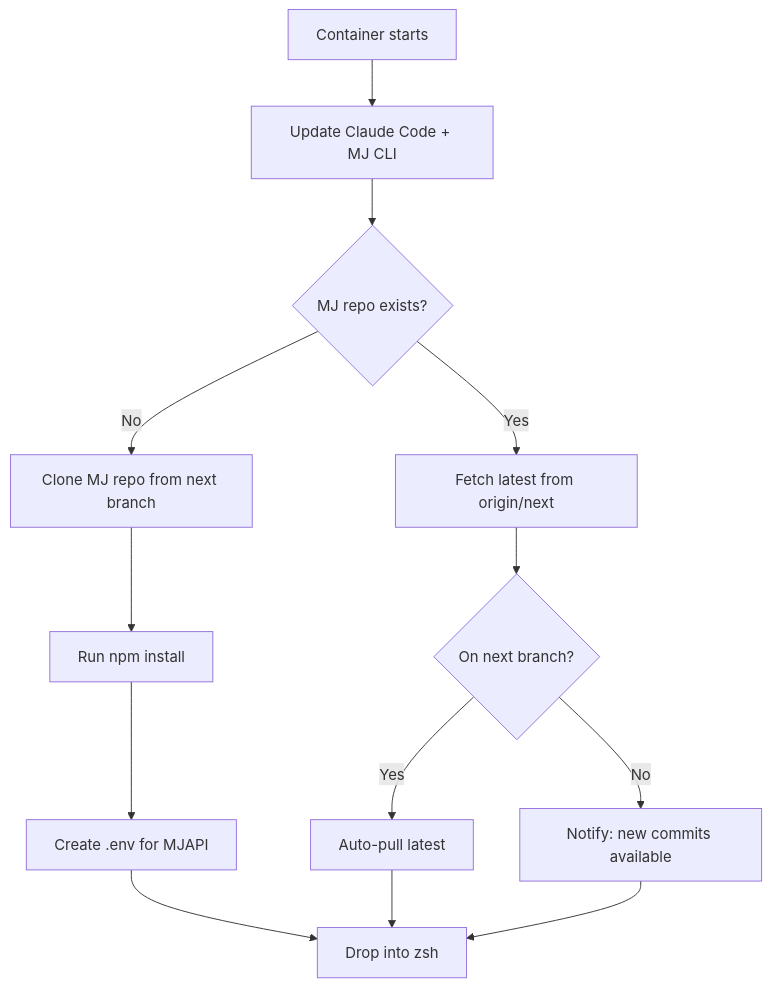
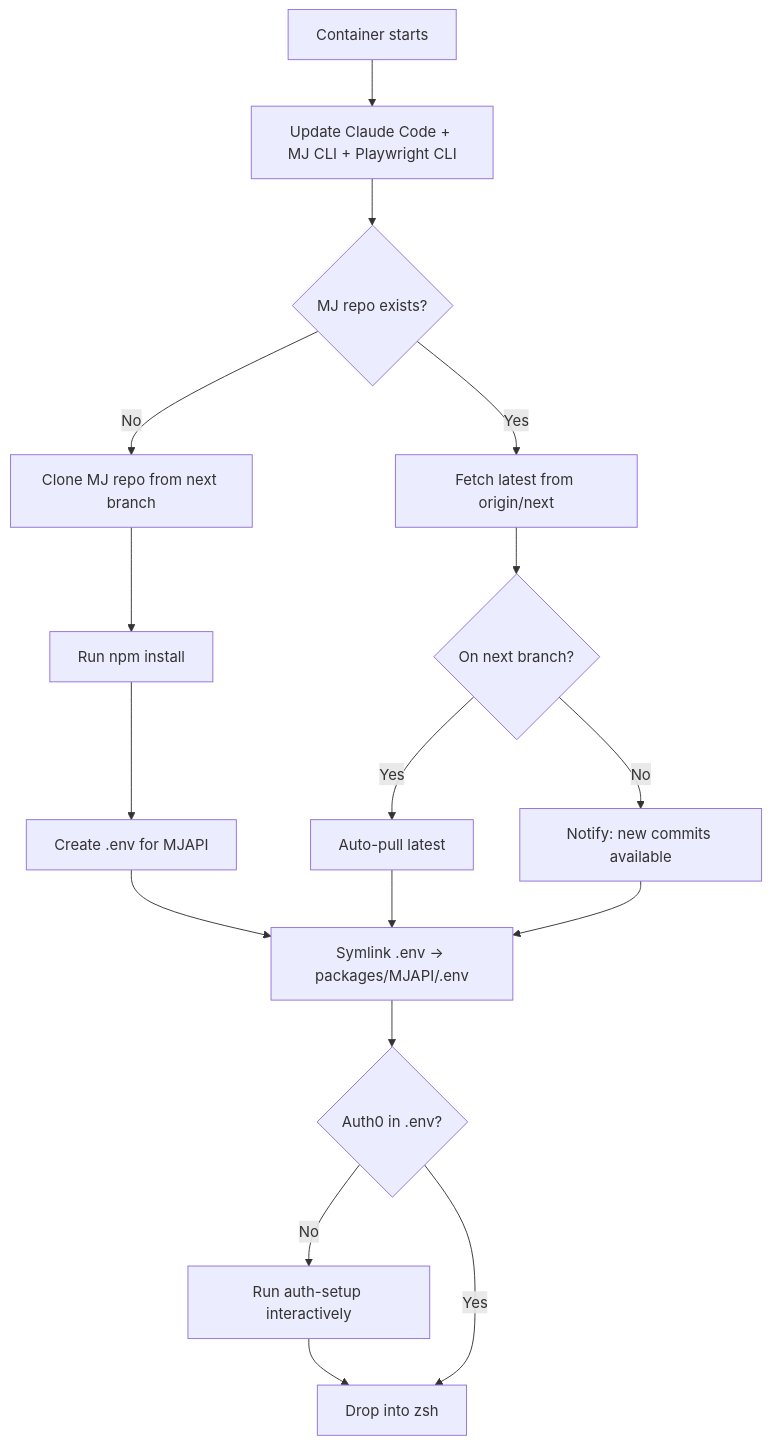
One commit to MemberJunction/MJ changed the seventh of 7 diagrams in docker/workbench/README.md. Above: the diagram before and after it, drawn with Mermaid. The commit also changed other lines of this file and 9 other files, not shown here.

````diff
--- a/docker/workbench/README.md
+++ b/docker/workbench/README.md
@@ -323,15 +538,19 @@
 ```mermaid
 flowchart TD
-    A[Container starts] --> B[Update Claude Code + MJ CLI]
+    A[Container starts] --> B[Update Claude Code + MJ CLI + Playwright CLI]
     B --> C{MJ repo exists?}
     C -->|No| D[Clone MJ repo from next branch]
     D --> E[Run npm install]
     E --> F[Create .env for MJAPI]
-    F --> G[Drop into zsh]
-    C -->|Yes| H[Fetch latest from origin/next]
-    H --> I{On next branch?}
-    I -->|Yes| J[Auto-pull latest]
-    I -->|No| K[Notify: new commits available]
-    J --> G
-    K --> G
+    F --> G[Symlink .env → packages/MJAPI/.env]
+    G --> H{Auth0 in .env?}
+    H -->|No| I[Run auth-setup interactively]
+    I --> J[Drop into zsh]
+    H -->|Yes| J
+    C -->|Yes| K[Fetch latest from origin/next]
+    K --> L{On next branch?}
+    L -->|Yes| M[Auto-pull latest]
+    L -->|No| N[Notify: new commits available]
+    M --> G
+    N --> G
 ```
````
